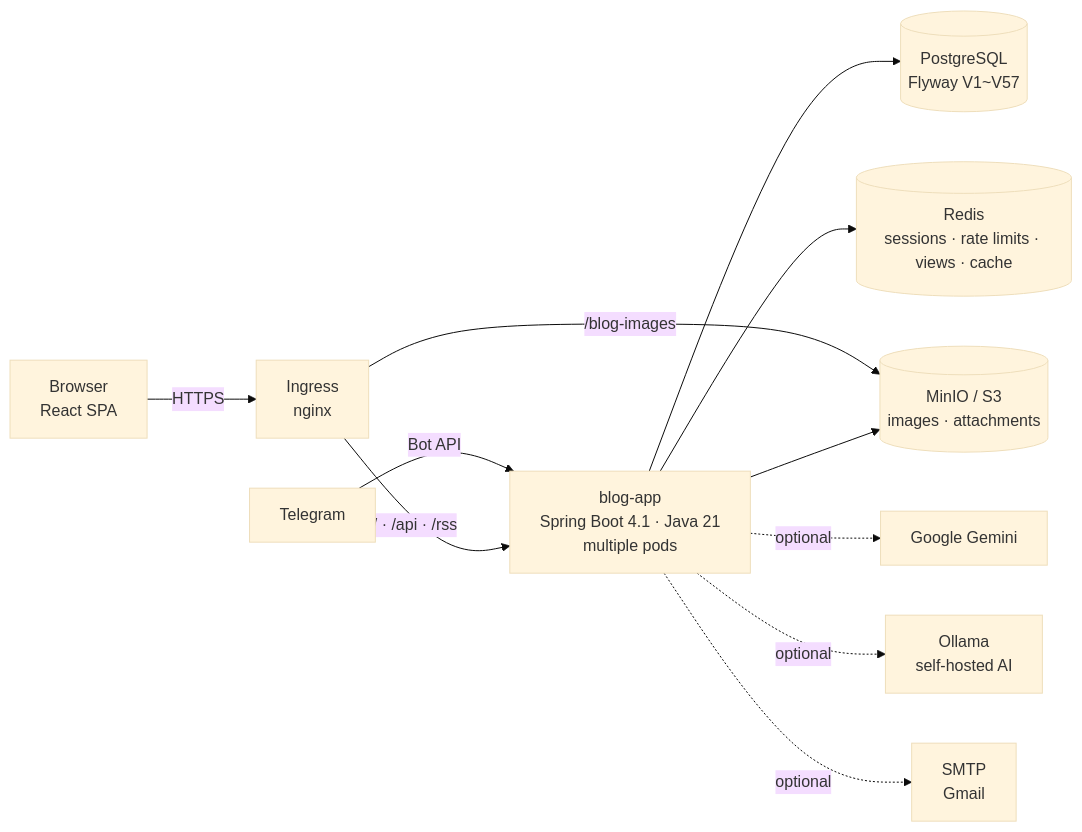
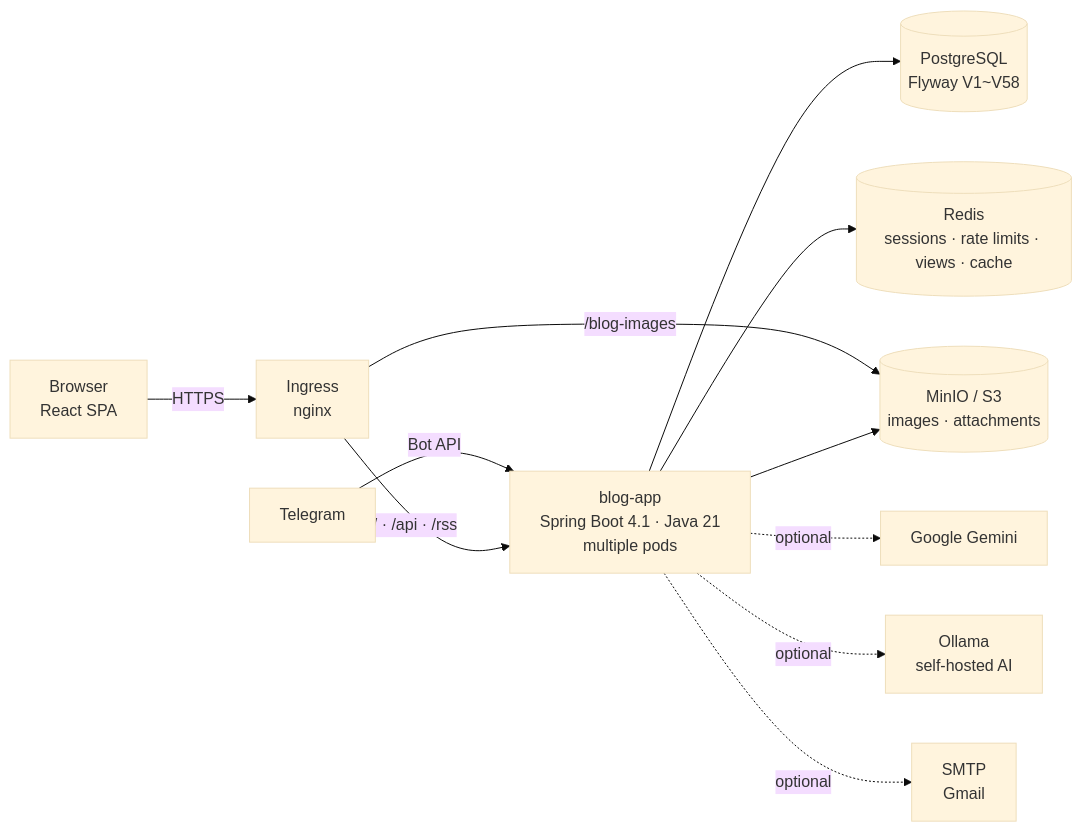
Before and after one commit to AIGJ-01-002-blog/devlog: the first of 3 diagrams in README.en.md, drawn with Mermaid (base theme). The commit also changed other lines of this file and 19 other files, not shown here.

````diff
--- a/README.en.md
+++ b/README.en.md
@@ -163,13 +163,13 @@
 ```mermaid
 flowchart LR
     B[Browser<br/>React SPA] -->|HTTPS| I[Ingress<br/>nginx]
     T[Telegram] -->|Bot API| A
     I -->|/ · /api · /rss| A[blog-app<br/>Spring Boot 4.1 · Java 21<br/>multiple pods]
     I -->|/blog-images| M[(MinIO / S3<br/>images · attachments)]
-    A --> P[(PostgreSQL<br/>Flyway V1~V57)]
+    A --> P[(PostgreSQL<br/>Flyway V1~V58)]
     A --> R[(Redis<br/>sessions · rate limits · views · cache)]
     A --> M
     A -.optional.-> G[Google Gemini]
     A -.optional.-> O[Ollama<br/>self-hosted AI]
     A -.optional.-> S[SMTP<br/>Gmail]
 ```
````
